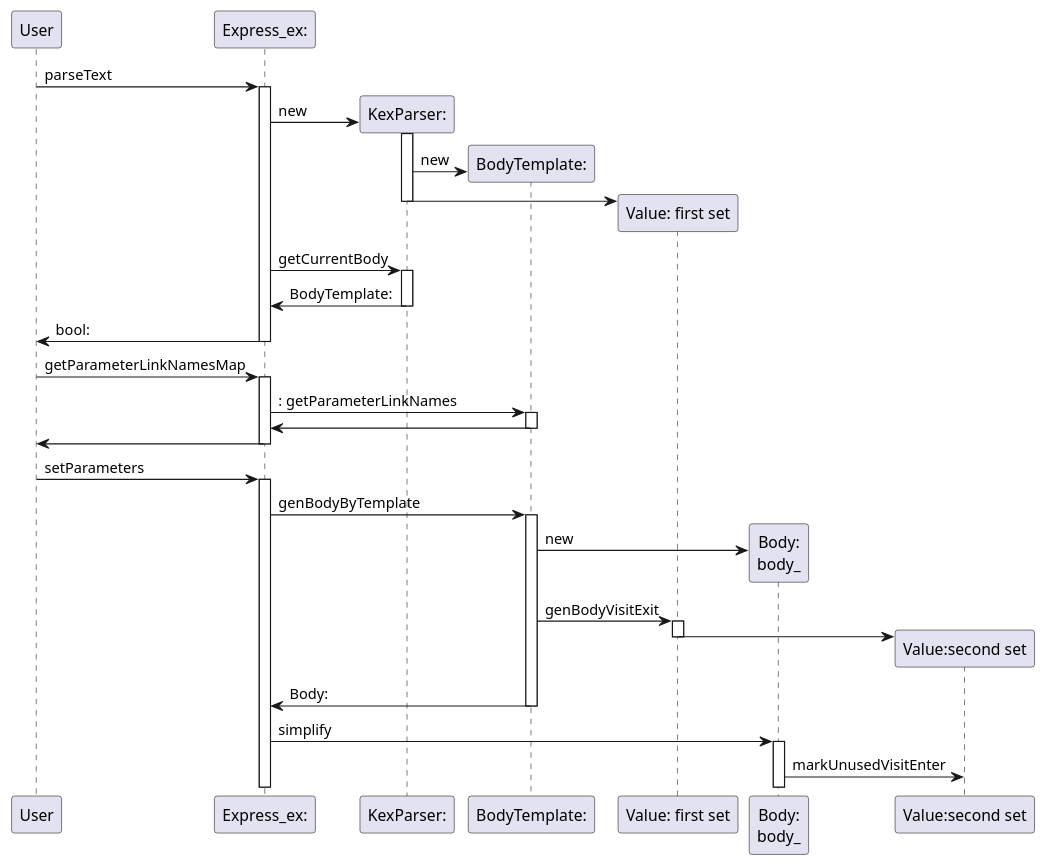
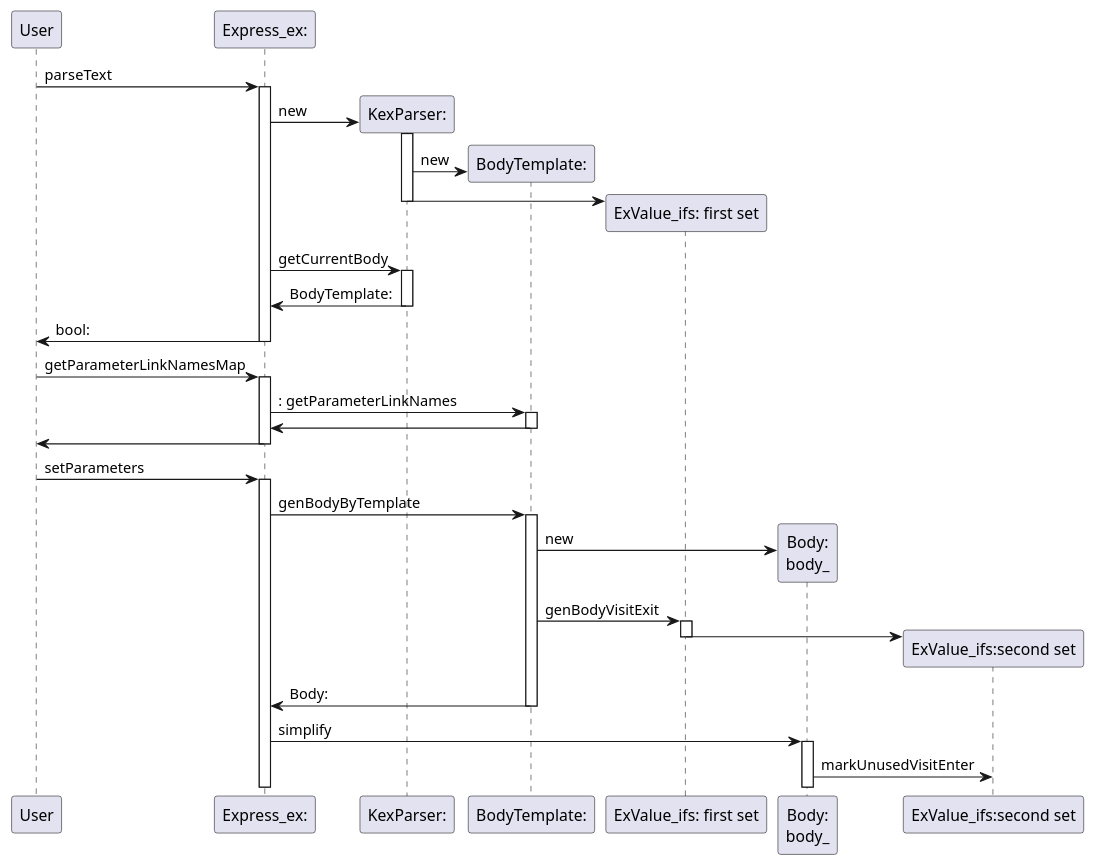
One commit to savvakonst/express_ex changed the first of 2 diagrams in doc/source/code_gen_steps.rst. Above: the diagram before and after it, drawn with PlantUML. The commit also changed other lines of this file and 11 other files, not shown here.

```diff
--- a/doc/source/code_gen_steps.rst
+++ b/doc/source/code_gen_steps.rst
@@ -7,71 +7,71 @@
 .. uml::
 
     @startuml
     User-> "Express_ex:": parseText
     activate "Express_ex:"
 
     "Express_ex:" -> "KexParser:"**: new
     activate "KexParser:"
     "KexParser:"  -> "BodyTemplate:" ** : new
-    "KexParser:" -> "Value: first set" ** :
+    "KexParser:" -> "ExValue_ifs: first set" ** :
     deactivate "KexParser:"
 
 
     "Express_ex:" -> "KexParser:":getCurrentBody
     activate "KexParser:"
     "KexParser:"->"Express_ex:":BodyTemplate:
     deactivate "KexParser:"
 
 
 
 
 
 
     "Express_ex:" -> User: bool:
     deactivate "Express_ex:"
 
     /'----------------------------------------'/
 
     User-> "Express_ex:": getParameterLinkNamesMap
     activate "Express_ex:"
 
     "Express_ex:" -> "BodyTemplate:":: getParameterLinkNames
     activate "BodyTemplate:"
     "BodyTemplate:"->"Express_ex:"
     deactivate "BodyTemplate:"
 
     "Express_ex:" -> User:
     deactivate "Express_ex:"
 
     /'----------------------------------------'/
 
     User-> "Express_ex:": setParameters
     activate "Express_ex:"
     "Express_ex:"-> "BodyTemplate:" : genBodyByTemplate
     activate "BodyTemplate:"
     "BodyTemplate:"-> "Body:\nbody_" ** : new
 
-    "BodyTemplate:" -> "Value: first set": genBodyVisitExit
-    activate "Value: first set"
-    "Value: first set" -> "Value:second set" **
-    deactivate "Value: first set"
+    "BodyTemplate:" -> "ExValue_ifs: first set": genBodyVisitExit
+    activate "ExValue_ifs: first set"
+    "ExValue_ifs: first set" -> "ExValue_ifs:second set" **
+    deactivate "ExValue_ifs: first set"
 
 
 
     "BodyTemplate:"->"Express_ex:" : Body:
 
     deactivate "BodyTemplate:"
 
     "Express_ex:" -> "Body:\nbody_": simplify
     activate "Body:\nbody_"
-    "Body:\nbody_" -> "Value:second set":markUnusedVisitEnter
+    "Body:\nbody_" -> "ExValue_ifs:second set":markUnusedVisitEnter
     /'markUnusedVisitEnter
     deactivate "Body:\nbody_"
 
 
     "Express_ex:" -> User: bool:
 
 
     deactivate "Express_ex:"
 
     @enduml
```
